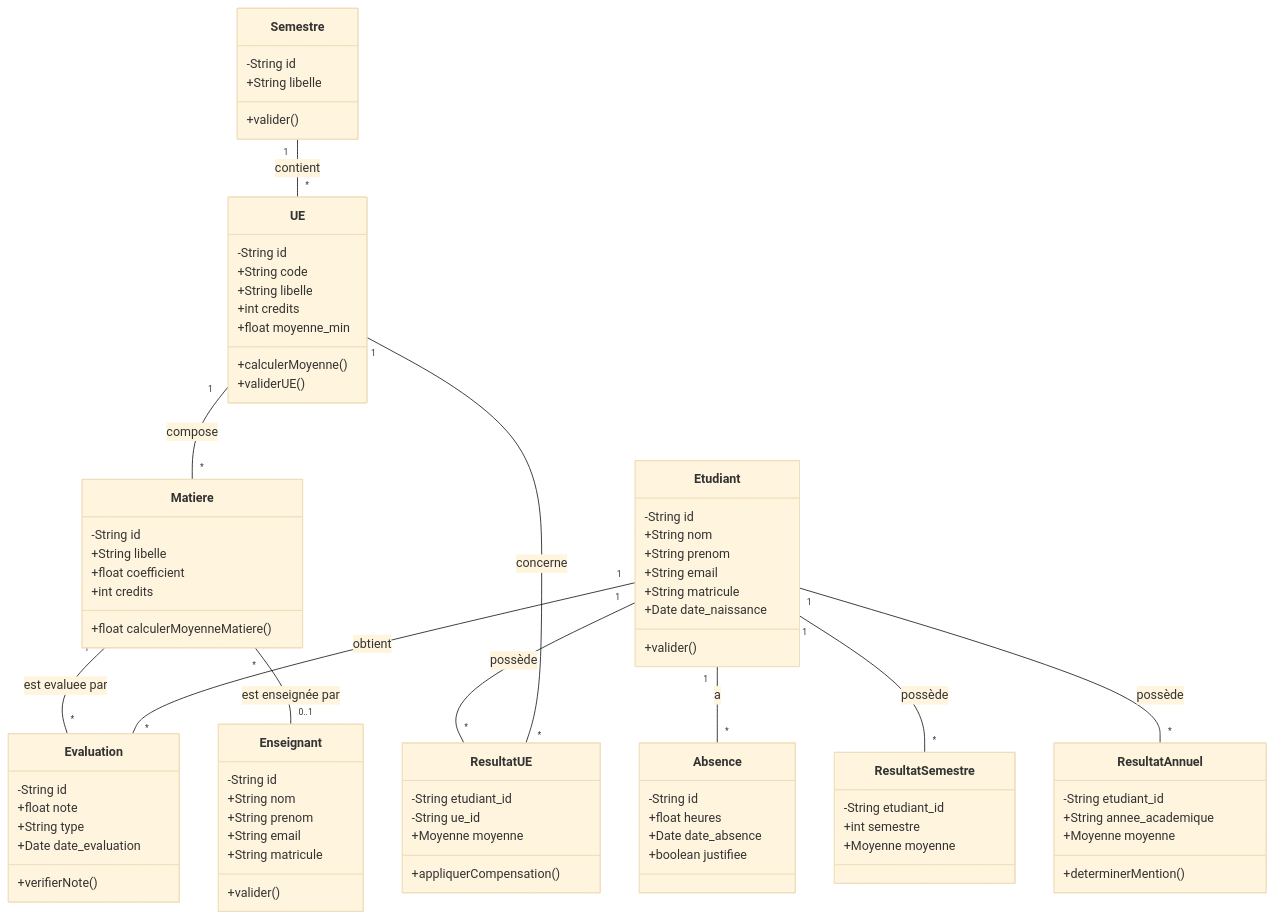
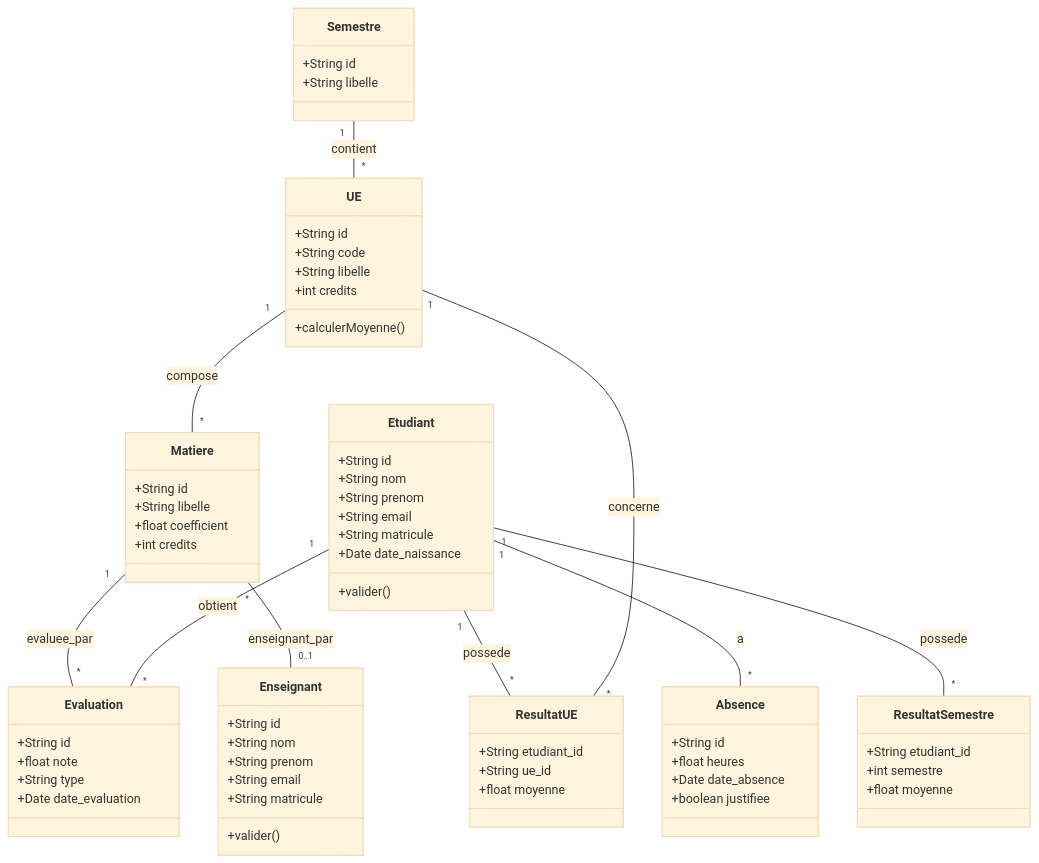
The diagram in docs/uml/class_diagram.md (taigerdev45/bull), drawn with Mermaid (base theme) before and after one commit. The commit also changed 29 other files, not shown here.

Commit message:
docs: fix mermaid diagrams for github native rendering and remove redundant puml files

````diff
--- a/docs/uml/class_diagram.md
+++ b/docs/uml/class_diagram.md
@@ -5,7 +5,7 @@
 ```mermaid
 classDiagram
     class Etudiant {
-        -String id
+        +String id
         +String nom
         +String prenom
         +String email
@@ -15,7 +15,7 @@
     }
 
     class Enseignant {
-        -String id
+        +String id
         +String nom
         +String prenom
         +String email
@@ -24,73 +24,59 @@
     }
 
     class Semestre {
-        -String id
+        +String id
         +String libelle
-        +valider()
     }
 
     class UE {
-        -String id
+        +String id
         +String code
         +String libelle
         +int credits
-        +float moyenne_min
         +calculerMoyenne()
-        +validerUE()
     }
 
     class Matiere {
-        -String id
+        +String id
         +String libelle
         +float coefficient
         +int credits
-        +float calculerMoyenneMatiere()
     }
 
     class Evaluation {
-        -String id
+        +String id
         +float note
         +String type
         +Date date_evaluation
-        +verifierNote()
     }
 
     class Absence {
-        -String id
+        +String id
         +float heures
         +Date date_absence
         +boolean justifiee
     }
 
     class ResultatUE {
-        -String etudiant_id
-        -String ue_id
-        +Moyenne moyenne
-        +appliquerCompensation()
+        +String etudiant_id
+        +String ue_id
+        +float moyenne
     }
 
     class ResultatSemestre {
-        -String etudiant_id
+        +String etudiant_id
         +int semestre
-        +Moyenne moyenne
-    }
-
-    class ResultatAnnuel {
-        -String etudiant_id
-        +String annee_academique
-        +Moyenne moyenne
-        +determinerMention()
+        +float moyenne
     }
 
     Semestre "1" -- "*" UE : contient
     UE "1" -- "*" Matiere : compose
-    Matiere "1" -- "*" Evaluation : est evaluee par
+    Matiere "1" -- "*" Evaluation : evaluee_par
     Etudiant "1" -- "*" Evaluation : obtient
     Etudiant "1" -- "*" Absence : a
-    Matiere "*" -- "0..1" Enseignant : est enseignée par
+    Matiere "*" -- "0..1" Enseignant : enseignant_par
     
-    Etudiant "1" -- "*" ResultatUE : possède
+    Etudiant "1" -- "*" ResultatUE : possede
     UE "1" -- "*" ResultatUE : concerne
-    Etudiant "1" -- "*" ResultatSemestre : possède
-    Etudiant "1" -- "*" ResultatAnnuel : possède
+    Etudiant "1" -- "*" ResultatSemestre : possede
 ```
````
